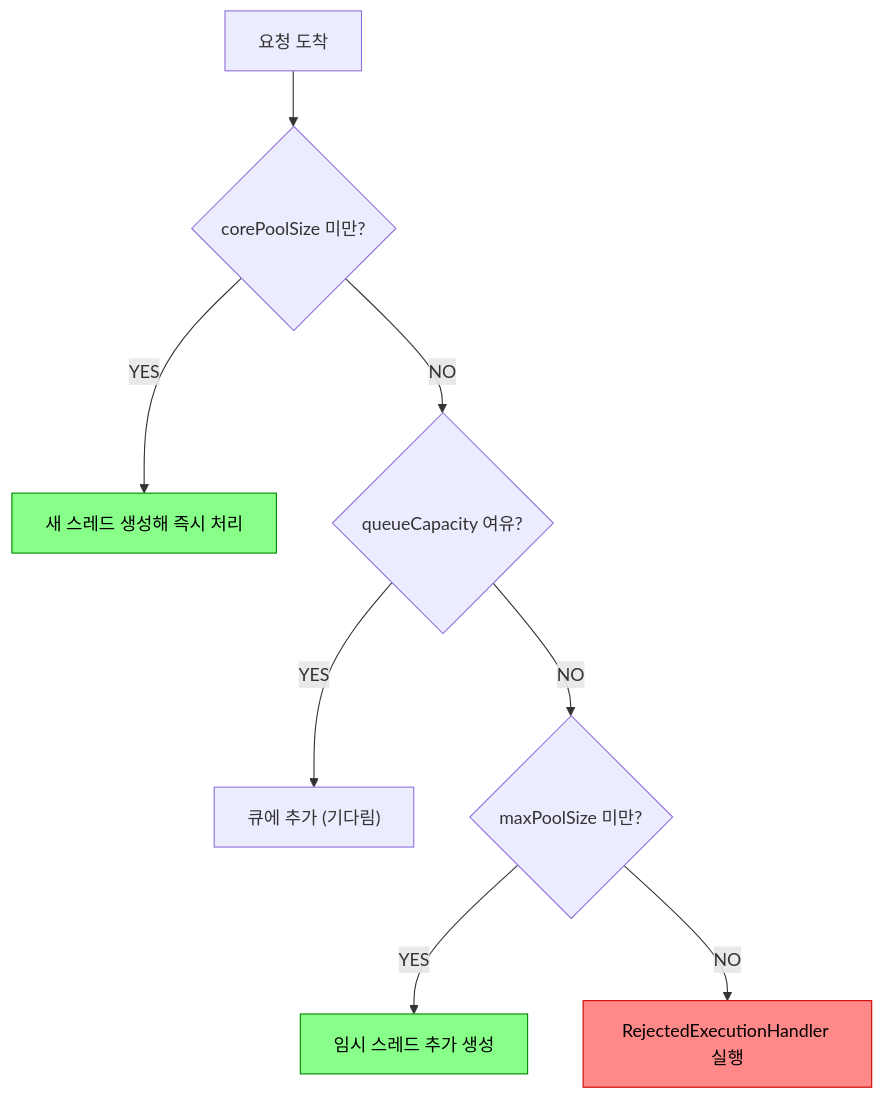
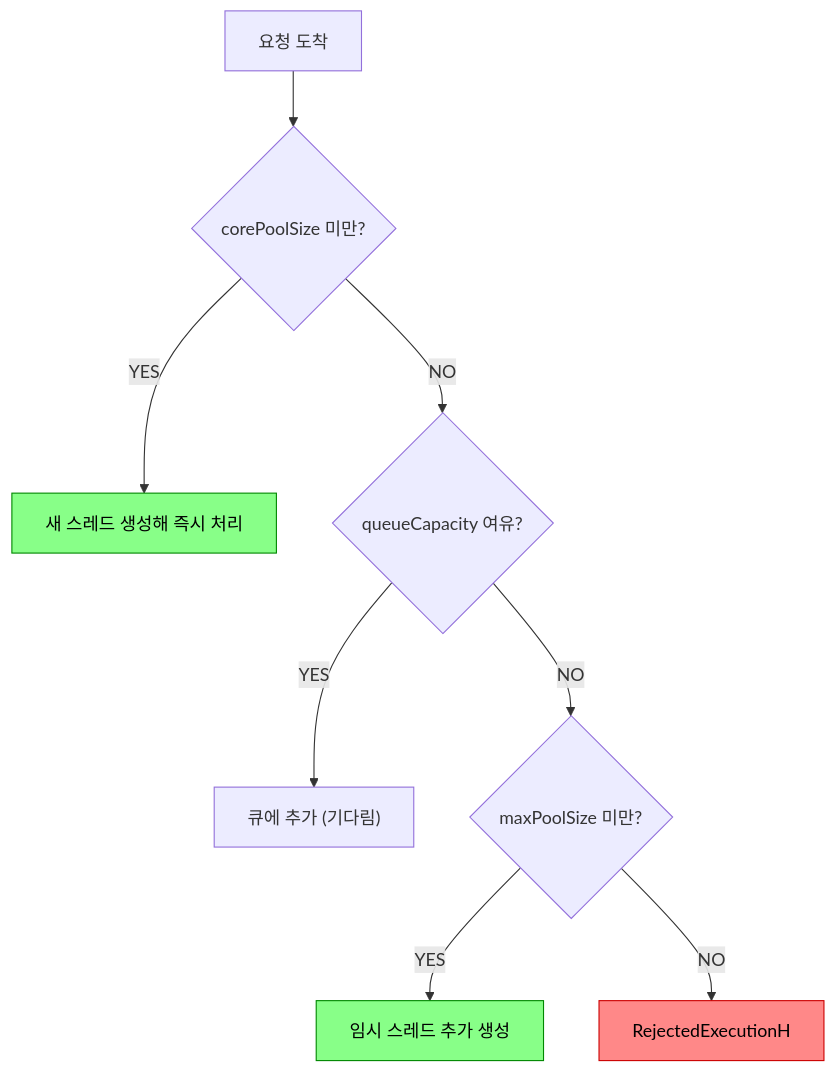
One commit to yjkim2015/yjkim2015.github.io changed the second of 2 diagrams in _posts/spring/2026-05-01-spring-async.md. Above: the diagram before and after it, drawn with Mermaid. The commit also changed 271 other files, not shown here.

First line of the commit message:
Mermaid 라벨 축소: 긴 노드 텍스트 18자 이하로 트림 + \n 제거

````diff
--- a/_posts/spring/2026-05-01-spring-async.md
+++ b/_posts/spring/2026-05-01-spring-async.md
@@ -149,13 +149,13 @@
 ```mermaid
 graph TD
     REQ["요청 도착"] --> C1{"corePoolSize 미만?"}
     C1 -->|"YES"| T1["새 스레드 생성해 즉시 처리"]
     C1 -->|"NO"| C2{"queueCapacity 여유?"}
     C2 -->|"YES"| Q["큐에 추가 (기다림)"]
     C2 -->|"NO"| C3{"maxPoolSize 미만?"}
     C3 -->|"YES"| T2["임시 스레드 추가 생성"]
-    C3 -->|"NO"| REJ["RejectedExecutionHandler 실행"]
+    C3 -->|"NO"| REJ["RejectedExecutionH"]
     style REJ fill:#f88,stroke:#c00,color:#000
     style T1 fill:#8f8,stroke:#080,color:#000
     style T2 fill:#8f8,stroke:#080,color:#000
 ```
````
